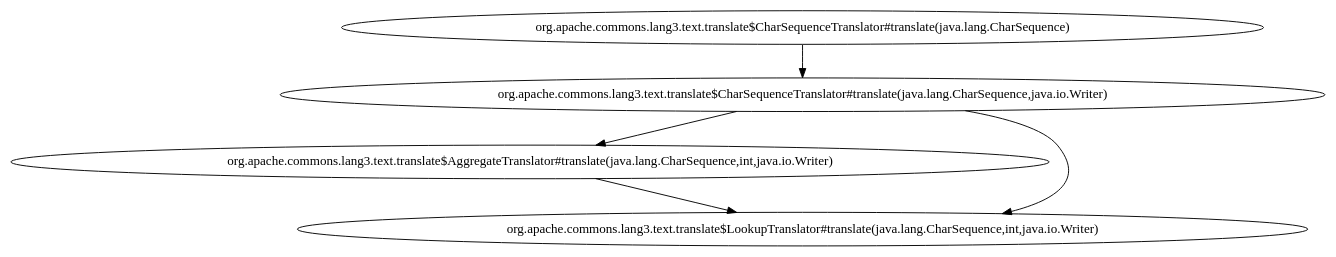
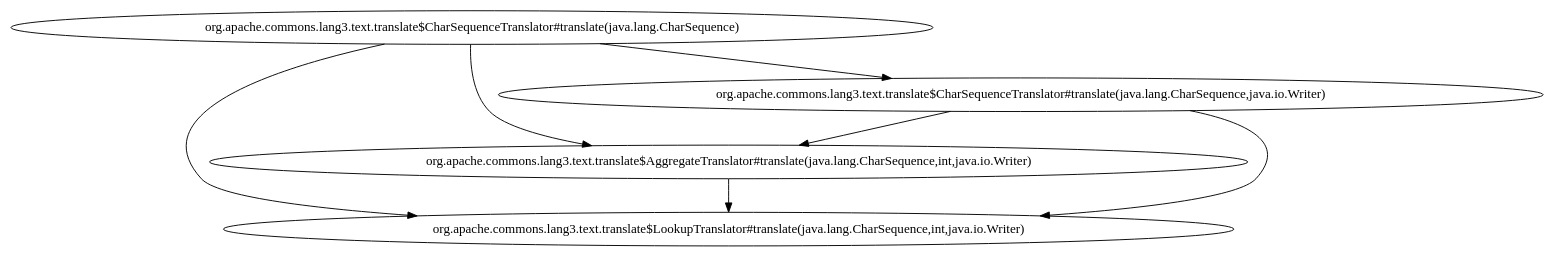
Before and after one commit to KimNaRyeong/CS454_team3_Bayesian_sbfl: the diagram in sootDAG_filtered/Lang-4_dependency_graph.dot, drawn with Graphviz. The commit also changed 129 other files, not shown here.

```diff
--- a/sootDAG_filtered/Lang-4_dependency_graph.dot
+++ b/sootDAG_filtered/Lang-4_dependency_graph.dot
@@ -1,6 +1,8 @@
 digraph G {
   "org.apache.commons.lang3.text.translate$AggregateTranslator#translate(java.lang.CharSequence,int,java.io.Writer)" -> "org.apache.commons.lang3.text.translate$LookupTranslator#translate(java.lang.CharSequence,int,java.io.Writer)";
   "org.apache.commons.lang3.text.translate$CharSequenceTranslator#translate(java.lang.CharSequence,java.io.Writer)" -> "org.apache.commons.lang3.text.translate$LookupTranslator#translate(java.lang.CharSequence,int,java.io.Writer)";
   "org.apache.commons.lang3.text.translate$CharSequenceTranslator#translate(java.lang.CharSequence,java.io.Writer)" -> "org.apache.commons.lang3.text.translate$AggregateTranslator#translate(java.lang.CharSequence,int,java.io.Writer)";
+  "org.apache.commons.lang3.text.translate$CharSequenceTranslator#translate(java.lang.CharSequence)" -> "org.apache.commons.lang3.text.translate$LookupTranslator#translate(java.lang.CharSequence,int,java.io.Writer)";
+  "org.apache.commons.lang3.text.translate$CharSequenceTranslator#translate(java.lang.CharSequence)" -> "org.apache.commons.lang3.text.translate$AggregateTranslator#translate(java.lang.CharSequence,int,java.io.Writer)";
   "org.apache.commons.lang3.text.translate$CharSequenceTranslator#translate(java.lang.CharSequence)" -> "org.apache.commons.lang3.text.translate$CharSequenceTranslator#translate(java.lang.CharSequence,java.io.Writer)";
 }
```
